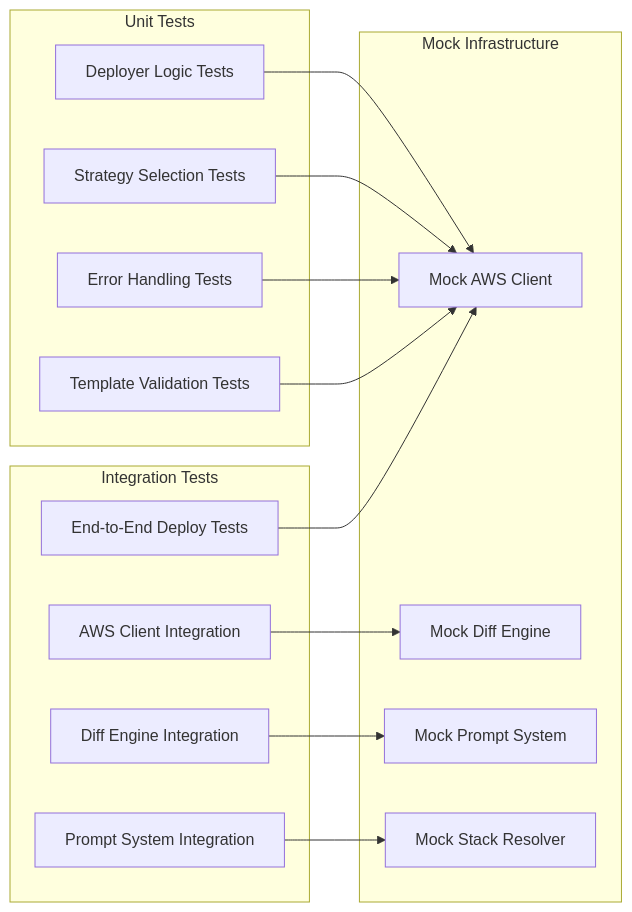
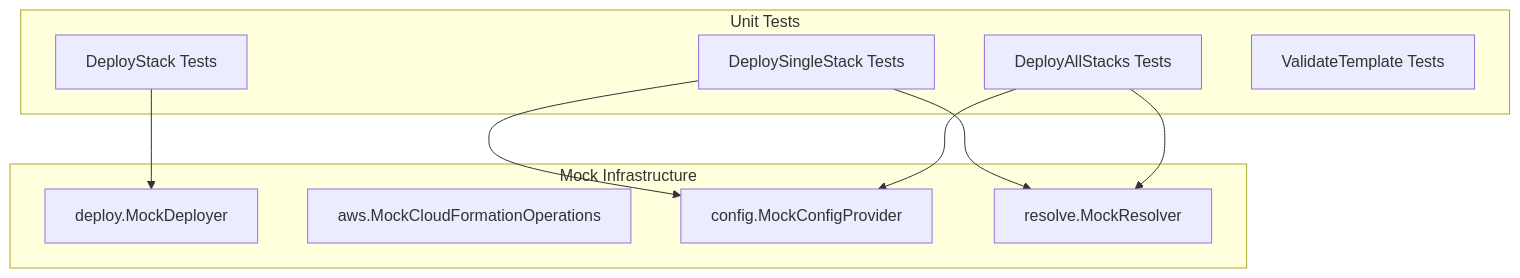
The seventh of 7 diagrams in docs/architecture/deploy.md (orien/stackaroo), drawn with Mermaid before and after one commit. The commit also changed other lines of this file and 15 other files, not shown here.

First line of the commit message:
refactor: move stack deletion logic from cmd layer to delete module

````diff
--- a/docs/architecture/deploy.md
+++ b/docs/architecture/deploy.md
@@ -523,32 +256,22 @@
 ```mermaid
-graph LR
+graph TB
     subgraph "Unit Tests"
-        A[Deployer Logic Tests]
-        B[Strategy Selection Tests]
-        C[Error Handling Tests]
-        D[Template Validation Tests]
-    end
-
-    subgraph "Integration Tests"
-        E[AWS Client Integration]
-        F[Diff Engine Integration]
-        G[Prompt System Integration]
-        H[End-to-End Deploy Tests]
+        A[DeployStack Tests]
+        B[DeploySingleStack Tests]
+        C[DeployAllStacks Tests]
+        D[ValidateTemplate Tests]
     end
 
     subgraph "Mock Infrastructure"
-        I[Mock AWS Client]
-        J[Mock Diff Engine]
-        K[Mock Prompt System]
-        L[Mock Stack Resolver]
+        E[deploy.MockDeployer]
+        F[aws.MockCloudFormationOperations]
+        G[config.MockConfigProvider]
+        H[resolve.MockResolver]
     end
 
-    A --> I
-    B --> I
-    C --> I
-    D --> I
-    E --> J
-    F --> K
-    G --> L
-    H --> I
+    A --> E
+    B --> G
+    B --> H
+    C --> G
+    C --> H
 ```
````
